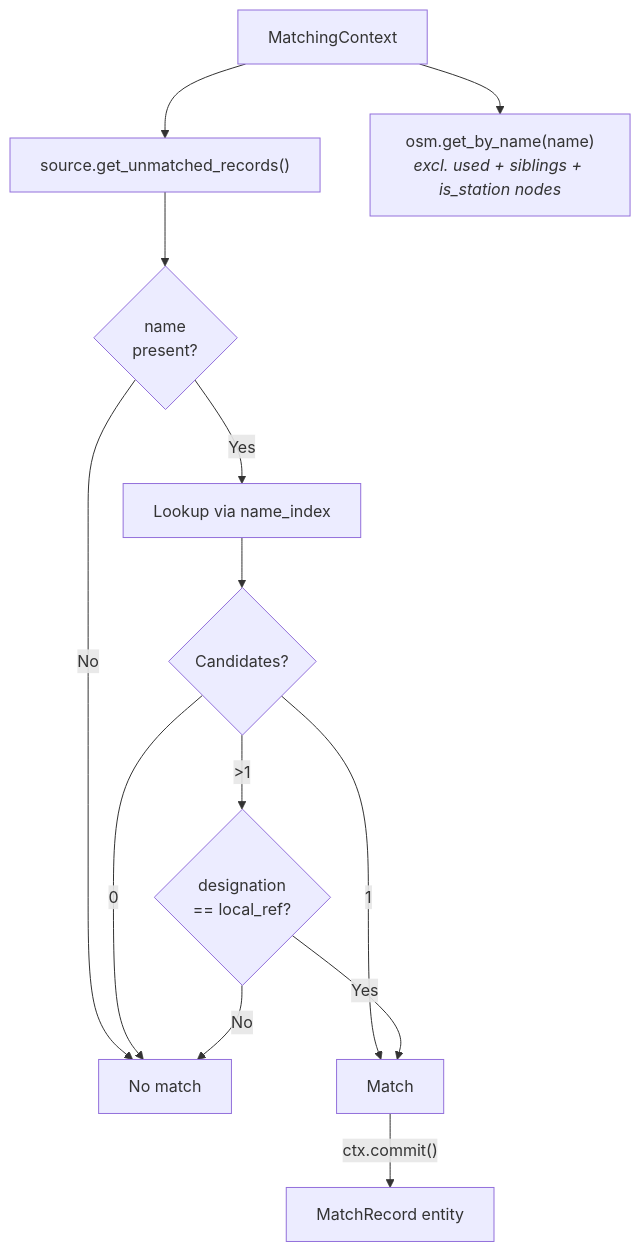
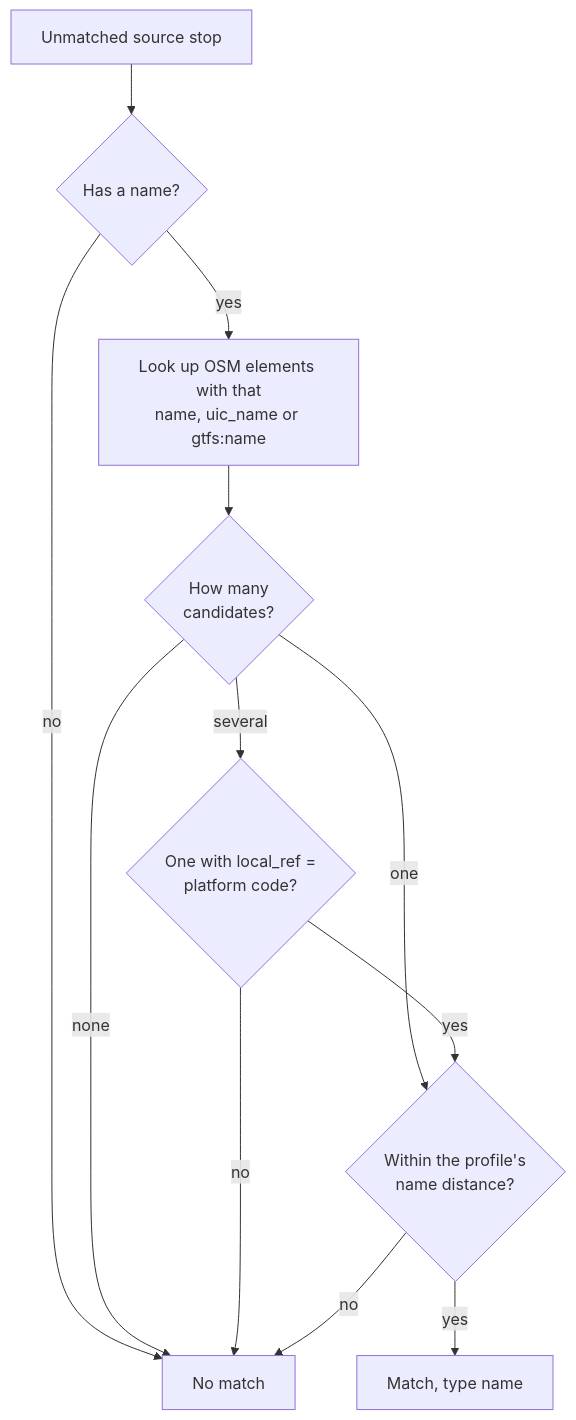
One commit to openTdataCH/osm-public-transport-matcher changed the diagram in documentation/2.2 Name matching.md. Above: the diagram before and after it, drawn with Mermaid. The commit also changed other lines of this file and 31 other files, not shown here.

````diff
--- a/documentation/2.2 Name matching.md
+++ b/documentation/2.2 Name matching.md
@@ -7,15 +5,14 @@
 ```mermaid
 flowchart TB
-    CTX["MatchingContext"] --> UA["source.get_unmatched_records()"]
-    CTX --> OSM["osm.get_by_name(name)<br/><i>excl. used + siblings + is_station nodes</i>"]
-    UA --> Z{"name<br/>present?"}
-    Z -->|No| X["No match"]
-    Z -->|Yes| K["Lookup via name_index"]
-    K --> S{"Candidates?"}
-    S -->|0| X
-    S -->|1| M["Match"]
-    S -->|">1"| D{"designation<br/>== local_ref?"}
-    D -->|Yes| M
-    D -->|No| X
-    M -->|"ctx.commit()"| OUT["MatchRecord entity"]
+    A["Unmatched source stop"] --> Z{"Has a name?"}
+    Z -->|"no"| X["No match"]
+    Z -->|"yes"| K["Look up OSM elements with that<br/>name, uic_name or gtfs:name"]
+    K --> S{"How many<br/>candidates?"}
+    S -->|"none"| X
+    S -->|"one"| L{"Within the profile's<br/>name distance?"}
+    S -->|"several"| D{"One with local_ref =<br/>platform code?"}
+    D -->|"yes"| L
+    D -->|"no"| X
+    L -->|"yes"| M["Match, type name"]
+    L -->|"no"| X
 ```
````
